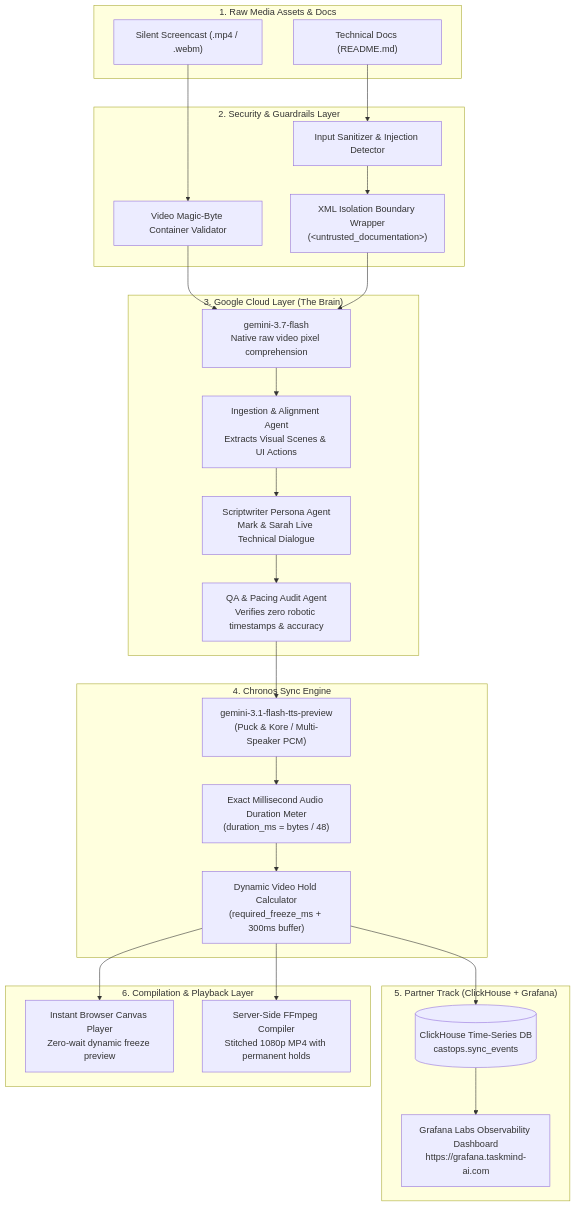
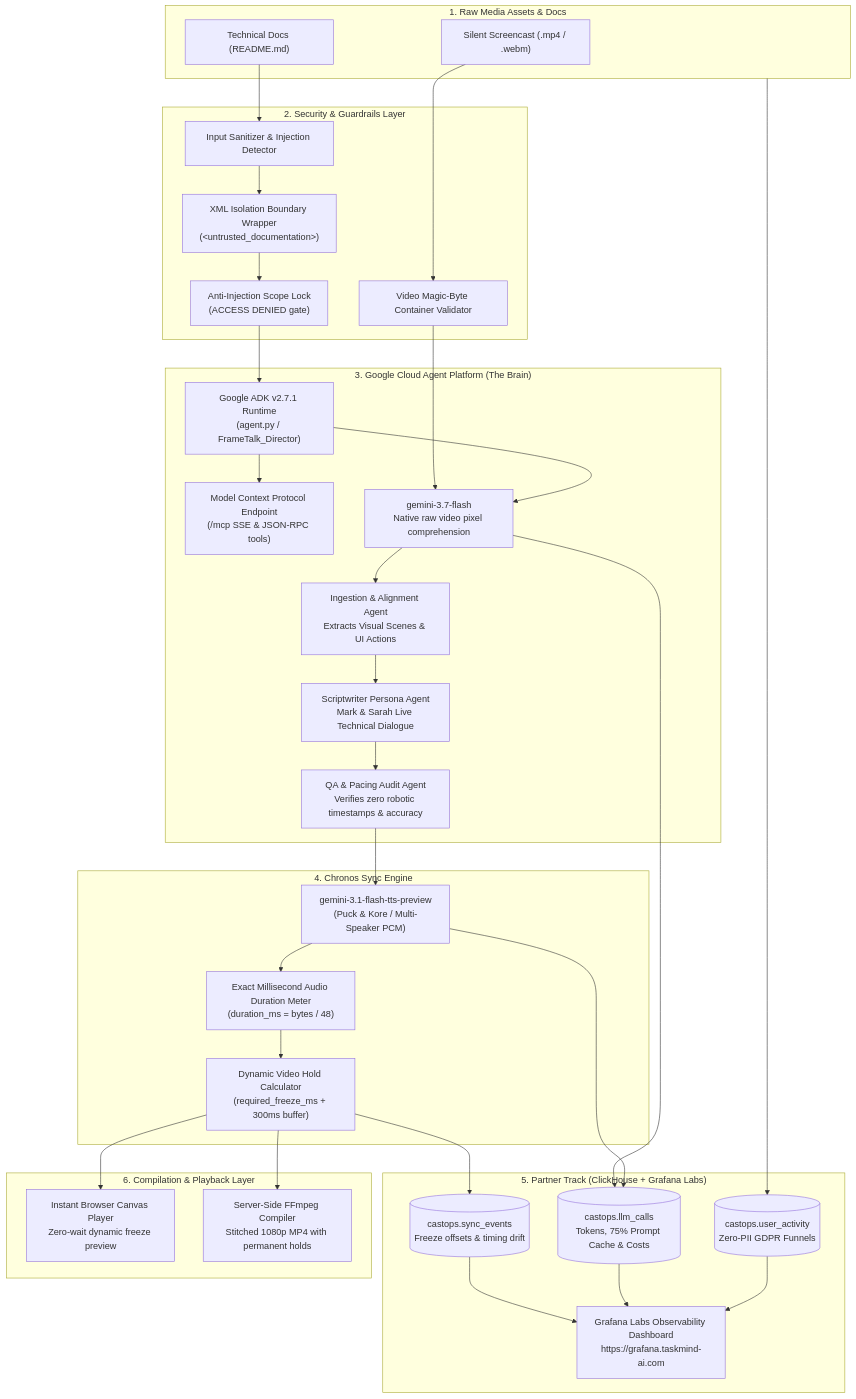
One commit to tdk67/frame-talk changed the diagram in README.md. Above: the diagram before and after it, drawn with Mermaid. The commit also changed other lines of this file and 2 other files, not shown here.

````diff
--- a/README.md
+++ b/README.md
@@ -35,48 +36,56 @@
 ```mermaid
 flowchart TD
     subgraph Inputs["1. Raw Media Assets & Docs"]
         V["Silent Screencast (.mp4 / .webm)"]
         R["Technical Docs (README.md)"]
     end
 
     subgraph Guardrails["2. Security & Guardrails Layer"]
         SG["Input Sanitizer & Injection Detector"]
         VB["Video Magic-Byte Container Validator"]
         XML["XML Isolation Boundary Wrapper<br/>(&lt;untrusted_documentation&gt;)"]
+        LOCK["Anti-Injection Scope Lock<br/>(ACCESS DENIED gate)"]
     end
 
-    subgraph GoogleBrain["3. Google Cloud Layer (The Brain)"]
+    subgraph GoogleBrain["3. Google Cloud Agent Platform (The Brain)"]
+        ADK["Google ADK v2.7.1 Runtime<br/>(agent.py / FrameTalk_Director)"]
+        MCP["Model Context Protocol Endpoint<br/>(/mcp SSE & JSON-RPC tools)"]
         G["gemini-3.7-flash<br/>Native raw video pixel comprehension"]
         A1["Ingestion & Alignment Agent<br/>Extracts Visual Scenes & UI Actions"]
         A2["Scriptwriter Persona Agent<br/>Mark & Sarah Live Technical Dialogue"]
         A3["QA & Pacing Audit Agent<br/>Verifies zero robotic timestamps & accuracy"]
     end
 
     subgraph ChronosSync["4. Chronos Sync Engine"]
         TTS["gemini-3.1-flash-tts-preview<br/>(Puck & Kore / Multi-Speaker PCM)"]
         MS["Exact Millisecond Audio Duration Meter<br/>(duration_ms = bytes / 48)"]
         CALC["Dynamic Video Hold Calculator<br/>(required_freeze_ms + 300ms buffer)"]
     end
 
-    subgraph PartnerTrack["5. Partner Track (ClickHouse + Grafana)"]
-        CH[("ClickHouse Time-Series DB<br/>castops.sync_events")]
+    subgraph PartnerTrack["5. Partner Track (ClickHouse + Grafana Labs)"]
+        CH1[("castops.sync_events<br/>Freeze offsets & timing drift")]
+        CH2[("castops.llm_calls<br/>Tokens, 75% Prompt Cache & Costs")]
+        CH3[("castops.user_activity<br/>Zero-PII GDPR Funnels")]
         GF["Grafana Labs Observability Dashboard<br/>https://grafana.taskmind-ai.com"]
     end
 
     subgraph Compilation["6. Compilation & Playback Layer"]
         CP["Instant Browser Canvas Player<br/>Zero-wait dynamic freeze preview"]
         FF["Server-Side FFmpeg Compiler<br/>Stitched 1080p MP4 with permanent holds"]
     end
 
     V --> VB --> G
-    R --> SG --> XML --> G
+    R --> SG --> XML --> LOCK --> ADK
+    ADK --> G & MCP
     G --> A1
     A1 --> A2
     A2 --> A3
     A3 --> TTS
     TTS --> MS
     MS --> CALC
-    CALC --> CH
-    CH --> GF
+    CALC --> CH1
+    G & TTS --> CH2
+    Inputs --> CH3
+    CH1 & CH2 & CH3 --> GF
     CALC --> CP & FF
 ```
````
